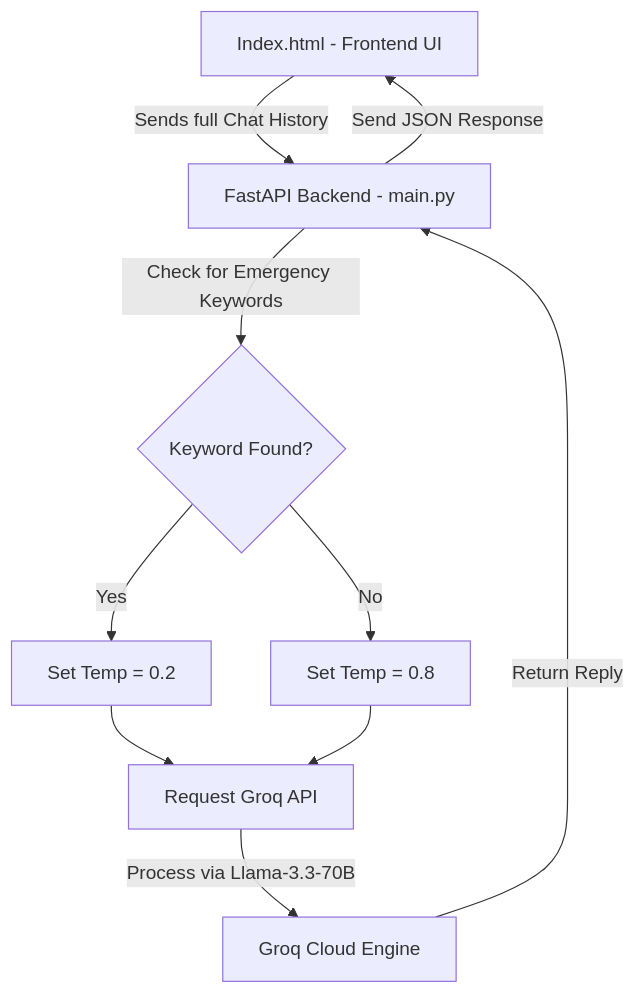
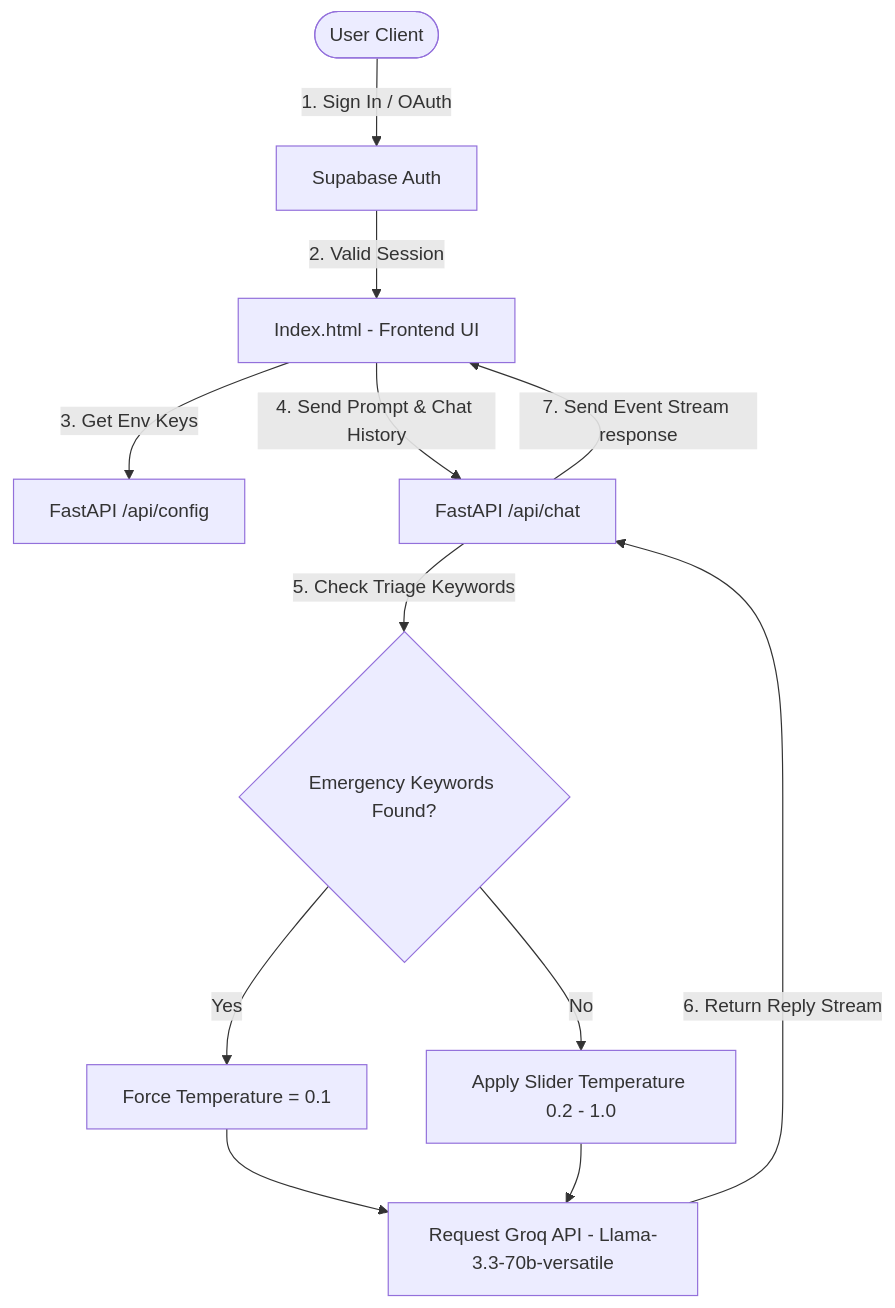
Before and after one commit to massssssssssna/Medical-Consultant-AI-ChatBot: the diagram in README.md, drawn with Mermaid. The commit also changed other lines of this file and 2 other files, not shown here.

````diff
--- a/README.md
+++ b/README.md
@@ -24,12 +36,14 @@
 ```mermaid
 graph TD
-    A[Index.html - Frontend UI] -->|Sends full Chat History| B[FastAPI Backend - main.py]
-    B -->|Check for Emergency Keywords| C{Keyword Found?}
-    C -->|Yes| D[Set Temp = 0.2]
-    C -->|No| E[Set Temp = 0.8]
-    D --> F[Request Groq API]
-    E --> F
-    F -->|Process via Llama-3.3-70B| G[Groq Cloud Engine]
-    G -->|Return Reply| B
-    B -->|Send JSON Response| A
+    User([User Client]) -->|1. Sign In / OAuth| Auth[Supabase Auth]
+    Auth -->|2. Valid Session| UI[Index.html - Frontend UI]
+    UI -->|3. Get Env Keys| API_Config[FastAPI /api/config]
+    UI -->|4. Send Prompt & Chat History| API_Chat[FastAPI /api/chat]
+    API_Chat -->|5. Check Triage Keywords| KeywordCheck{Emergency Keywords Found?}
+    KeywordCheck -->|Yes| TempPrecise[Force Temperature = 0.1]
+    KeywordCheck -->|No| TempNormal[Apply Slider Temperature 0.2 - 1.0]
+    TempPrecise --> GroqReq[Request Groq API - Llama-3.3-70b-versatile]
+    TempNormal --> GroqReq
+    GroqReq -->|6. Return Reply Stream| API_Chat
+    API_Chat -->|7. Send Event Stream response| UI
 ```
````
